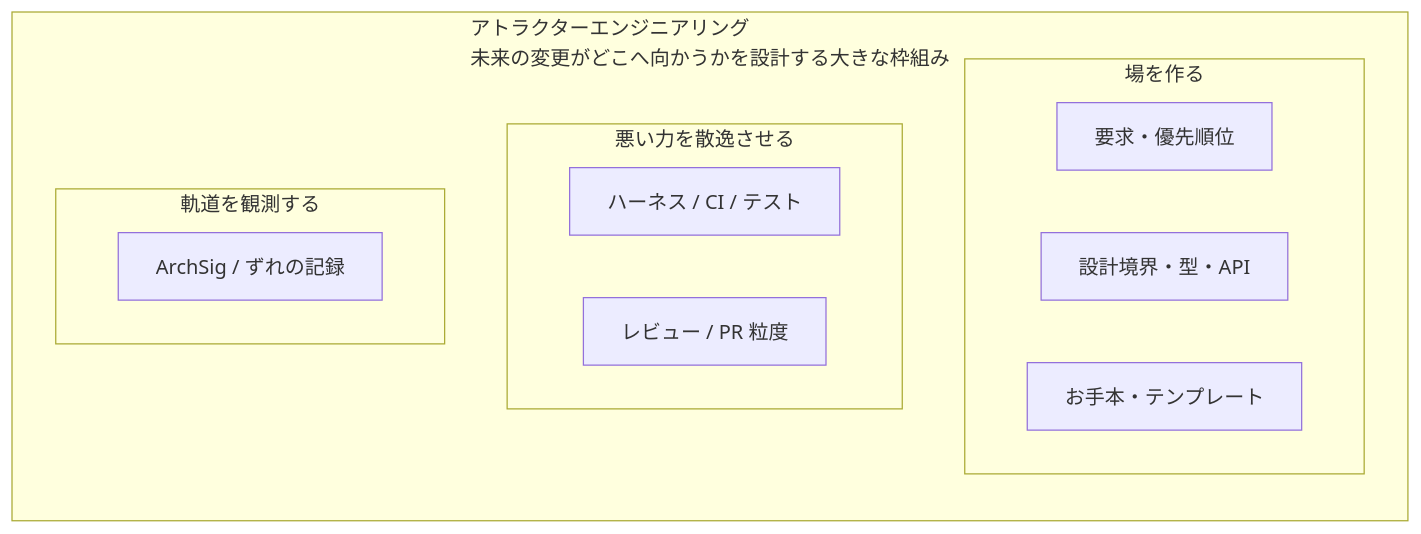
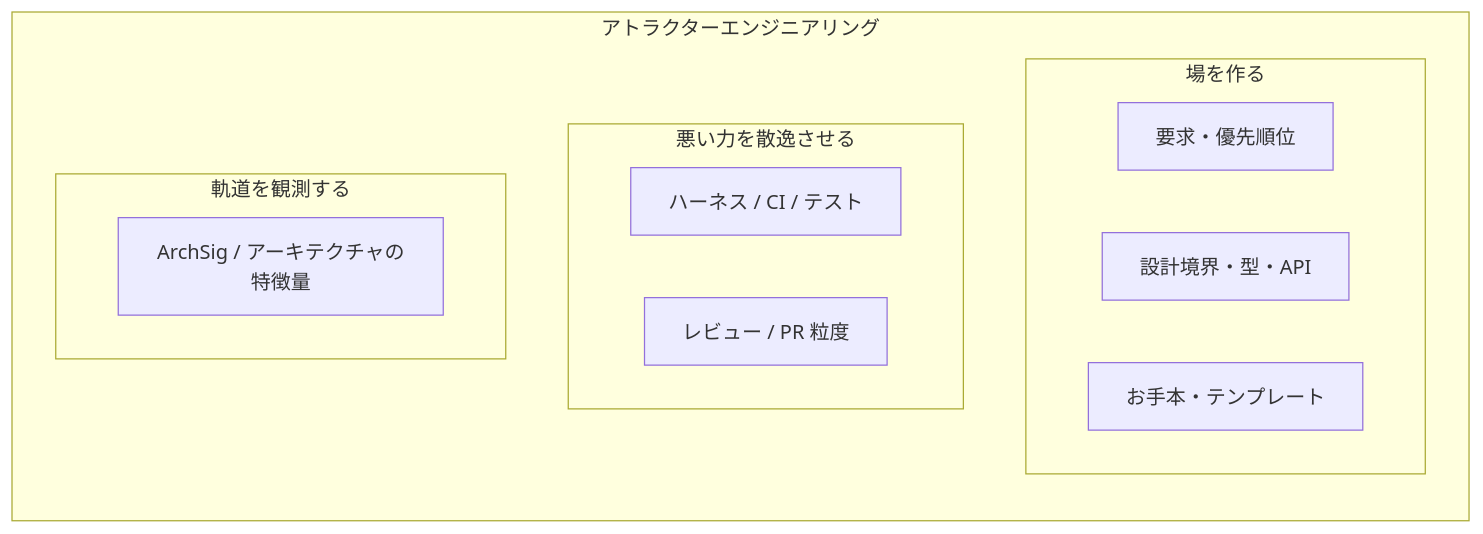
Before and after one commit to iroha1203/AlgebraicArchitectureTheoryV2: the first of 2 diagrams in docs/outreach/qiita_attractor.md, drawn with Mermaid. The commit also changed other lines of this file, not shown here.

````diff
--- a/docs/outreach/qiita_attractor.md
+++ b/docs/outreach/qiita_attractor.md
@@ -153,24 +153,24 @@
 ```mermaid
 flowchart TB
-    subgraph AE["アトラクターエンジニアリング<br>未来の変更がどこへ向かうかを設計する大きな枠組み"]
+    subgraph AE["アトラクターエンジニアリング"]
         direction TB
 
         subgraph makeField["場を作る"]
             direction LR
             req["要求・優先順位"]
             arch["設計境界・型・API"]
             examples["お手本・テンプレート"]
         end
 
         subgraph dissipate["悪い力を散逸させる"]
             direction LR
             harness["ハーネス / CI / テスト"]
             review["レビュー / PR 粒度"]
         end
 
         subgraph observe["軌道を観測する"]
             direction LR
-            obs["ArchSig / ずれの記録"]
+            obs["ArchSig / アーキテクチャの特徴量"]
         end
     end
 ```
````
